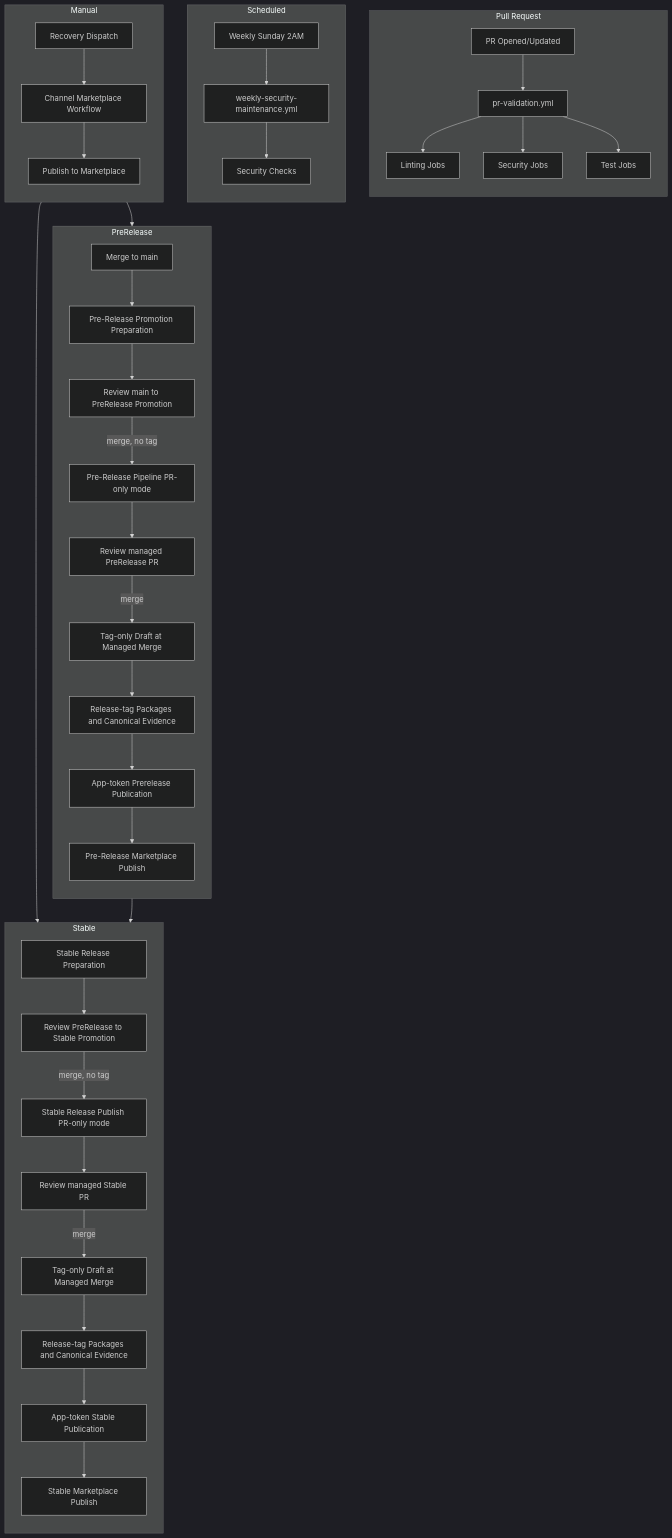
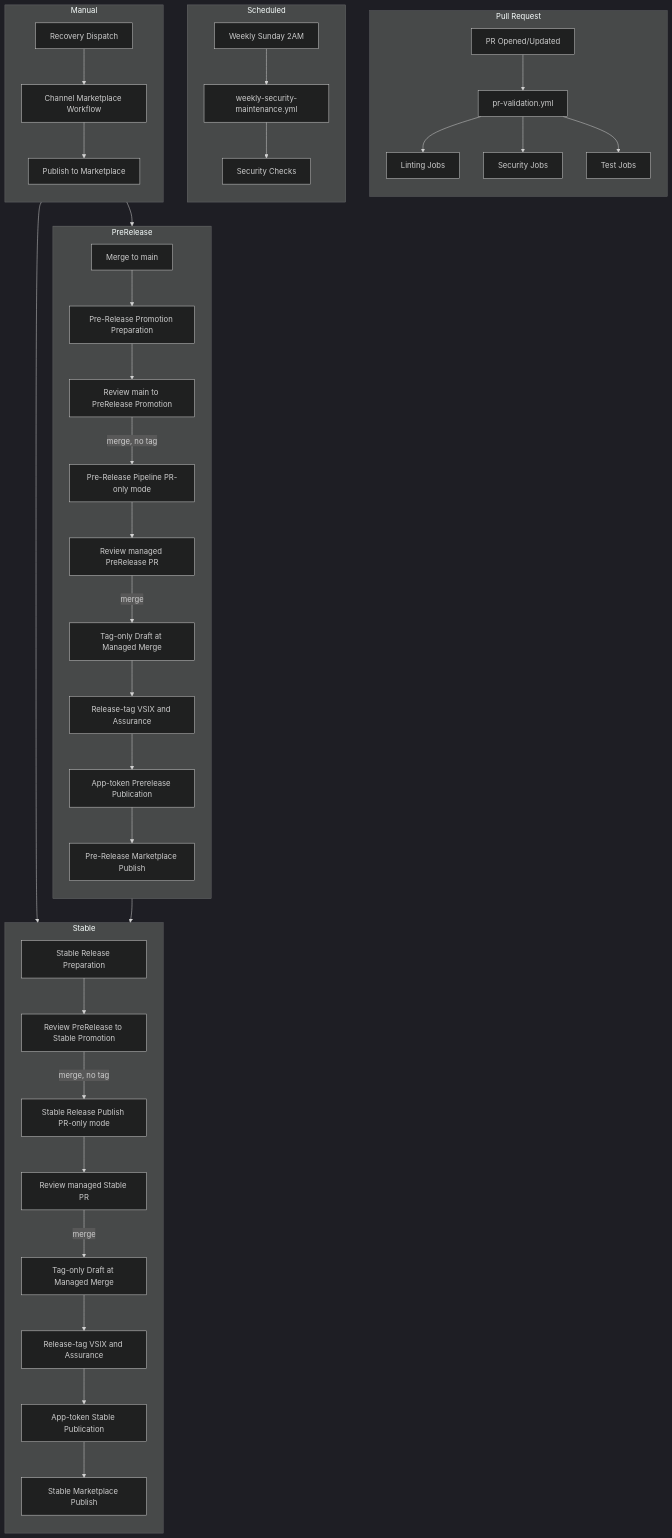
Before and after one commit to MohammedAlkindi/hve-core: the first of 3 diagrams in docs/architecture/workflows.md, drawn with Mermaid (dark theme). The commit also changed other lines of this file and 142 other files, not shown here.

````diff
--- a/docs/architecture/workflows.md
+++ b/docs/architecture/workflows.md
@@ -18,48 +18,48 @@
 ```mermaid
 flowchart TD
     subgraph PR["Pull Request"]
         direction TB
         PR1[PR Opened/Updated] --> PV[pr-validation.yml]
         PV --> LINT[Linting Jobs]
         PV --> SEC[Security Jobs]
         PV --> TEST[Test Jobs]
     end
 
     subgraph PRE["PreRelease"]
         direction TB
         MERGE[Merge to main] --> PREP[Pre-Release Promotion Preparation]
         PREP --> PROMO[Review main to PreRelease Promotion]
         PROMO -->|merge, no tag| PRE_RP[Pre-Release Pipeline PR-only mode]
         PRE_RP --> PRE_REL[Review managed PreRelease PR]
         PRE_REL -->|merge| PRE_DRAFT[Tag-only Draft at Managed Merge]
-        PRE_DRAFT --> PRE_EVIDENCE[Release-tag Packages and Canonical Evidence]
+        PRE_DRAFT --> PRE_EVIDENCE[Release-tag VSIX and Assurance]
         PRE_EVIDENCE --> PRE_PUBLISH[App-token Prerelease Publication]
         PRE_PUBLISH --> PRE_MARKET[Pre-Release Marketplace Publish]
     end
 
     subgraph STABLE["Stable"]
         direction TB
         PRE_PUBLISH --> ST_PREP[Stable Release Preparation]
         ST_PREP --> ST_PROMO[Review PreRelease to Stable Promotion]
         ST_PROMO -->|merge, no tag| ST_RP[Stable Release Publish PR-only mode]
         ST_RP --> ST_REL[Review managed Stable PR]
         ST_REL -->|merge| ST_DRAFT[Tag-only Draft at Managed Merge]
-        ST_DRAFT --> ST_EVIDENCE[Release-tag Packages and Canonical Evidence]
+        ST_DRAFT --> ST_EVIDENCE[Release-tag VSIX and Assurance]
         ST_EVIDENCE --> ST_PUBLISH[App-token Stable Publication]
         ST_PUBLISH --> ST_MARKET[Stable Marketplace Publish]
     end
 
     subgraph SCHED["Scheduled"]
         direction TB
         CRON[Weekly Sunday 2AM] --> WEEKLY[weekly-security-maintenance.yml]
         WEEKLY --> SECCHECK[Security Checks]
     end
 
     subgraph MANUAL["Manual"]
         direction TB
         DISPATCH[Recovery Dispatch] --> PREP
         DISPATCH --> ST_PREP
         DISPATCH --> PUB[Channel Marketplace Workflow]
         PUB --> VSCE[Publish to Marketplace]
     end
 ```
````
